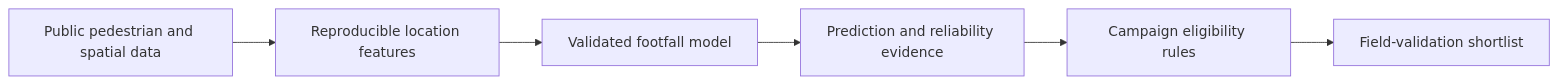
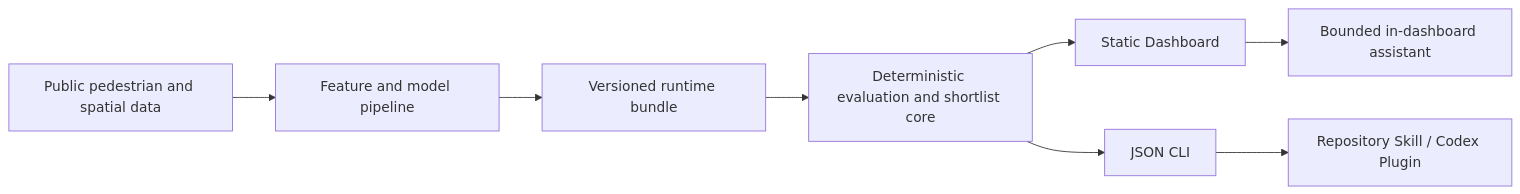
Before and after one commit to Shaoxuan-Shi/ai-location-intelligence-ads: the diagram in README.md, drawn with Mermaid. The commit also changed other lines of this file and 18 other files, not shown here.

Commit message:
Add shared runtime and repository skill

````diff
--- a/README.md
+++ b/README.md
@@ -69,8 +71,10 @@
 ```mermaid
 flowchart LR
-    data["Public pedestrian and spatial data"] --> features["Reproducible location features"]
-    features --> model["Validated footfall model"]
-    model --> evidence["Prediction and reliability evidence"]
-    evidence --> rules["Campaign eligibility rules"]
-    rules --> shortlist["Field-validation shortlist"]
+    data["Public pedestrian and spatial data"] --> pipeline["Feature and model pipeline"]
+    pipeline --> bundle["Versioned runtime bundle"]
+    bundle --> core["Deterministic evaluation and shortlist core"]
+    core --> dashboard["Static Dashboard"]
+    core --> cli["JSON CLI"]
+    cli --> skill["Repository Skill / Codex Plugin"]
+    dashboard --> assistant["Bounded in-dashboard assistant"]
 ```
````
